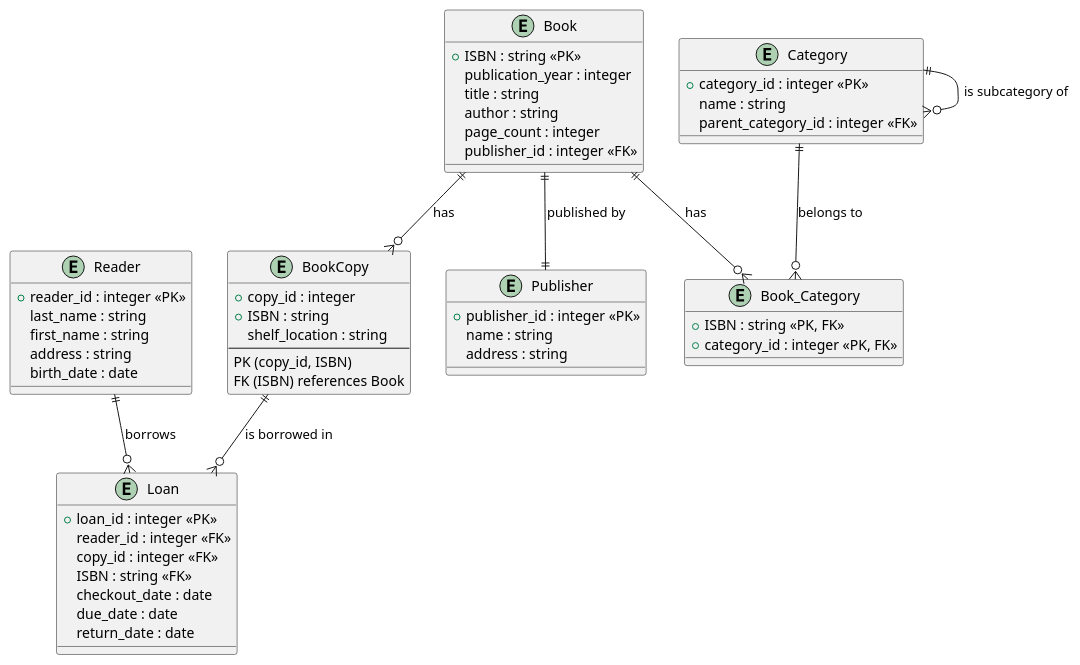
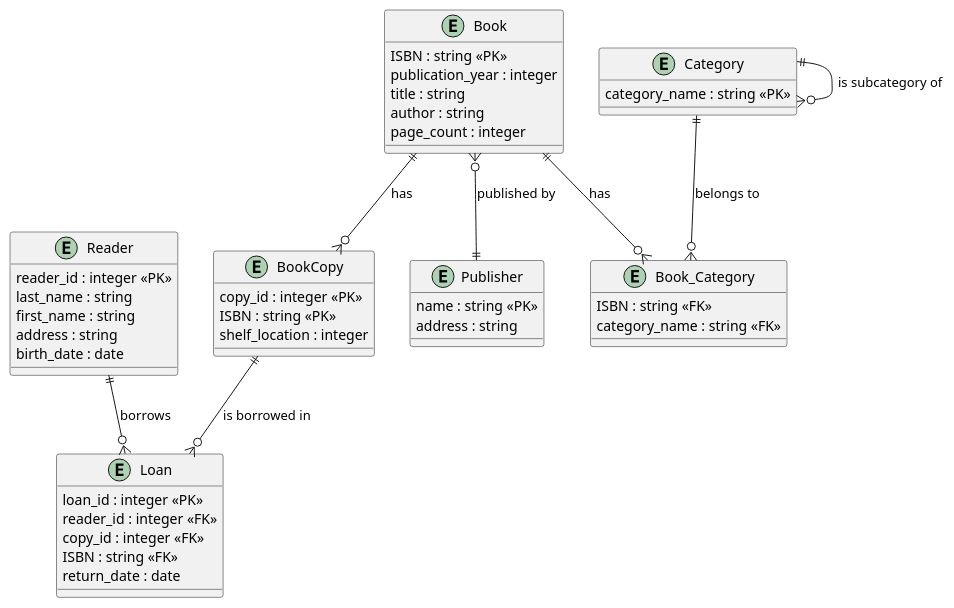
Before and after one commit to aspisov/Courses: the diagram in hse_databases/hw3/1.plantuml, drawn with PlantUML. The commit also changed 14 other files, not shown here.

```diff
--- a/hse_databases/hw3/1.plantuml
+++ b/hse_databases/hw3/1.plantuml
@@ -1,62 +1,53 @@
 @startuml Library System
 entity "BookCopy" {
-    +copy_id : integer
-    +ISBN : string
-    shelf_location : string
-    --
-    PK (copy_id, ISBN)
-    FK (ISBN) references Book
+    copy_id : integer <<PK>>
+    ISBN : string <<PK>>
+    shelf_location : integer
 }
 
 entity "Book" {
-    +ISBN : string <<PK>>
+    ISBN : string <<PK>>
     publication_year : integer
     title : string
     author : string
     page_count : integer
-    publisher_id : integer <<FK>>
 }
 
 entity "Publisher" {
-    +publisher_id : integer <<PK>>
-    name : string
+    name : string <<PK>>
     address : string
 }
 
 entity "Category" {
-    +category_id : integer <<PK>>
-    name : string
-    parent_category_id : integer <<FK>>
+    category_name : string <<PK>>
 }
 
 entity "Reader" {
-    +reader_id : integer <<PK>>
+    reader_id : integer <<PK>>
     last_name : string
     first_name : string
     address : string
     birth_date : date
 }
 
 entity "Loan" {
-    +loan_id : integer <<PK>>
+    loan_id : integer <<PK>>
     reader_id : integer <<FK>>
     copy_id : integer <<FK>>
     ISBN : string <<FK>>
-    checkout_date : date
-    due_date : date
     return_date : date
 }
 
 entity "Book_Category" {
-    +ISBN : string <<PK, FK>>
-    +category_id : integer <<PK, FK>>
+    ISBN : string <<FK>>
+    category_name : string <<FK>>
 }
 
 Book ||--o{ BookCopy: "has"
-Book ||--|| Publisher: "published by"
+Book }o--|| Publisher: "published by"
 Book ||--o{ Book_Category: "has"
 Category ||--o{ Book_Category: "belongs to"
 Category ||--o{ Category : "is subcategory of"
 Reader ||--o{ Loan : "borrows"
 BookCopy ||--o{ Loan : "is borrowed in"
 @enduml
```
